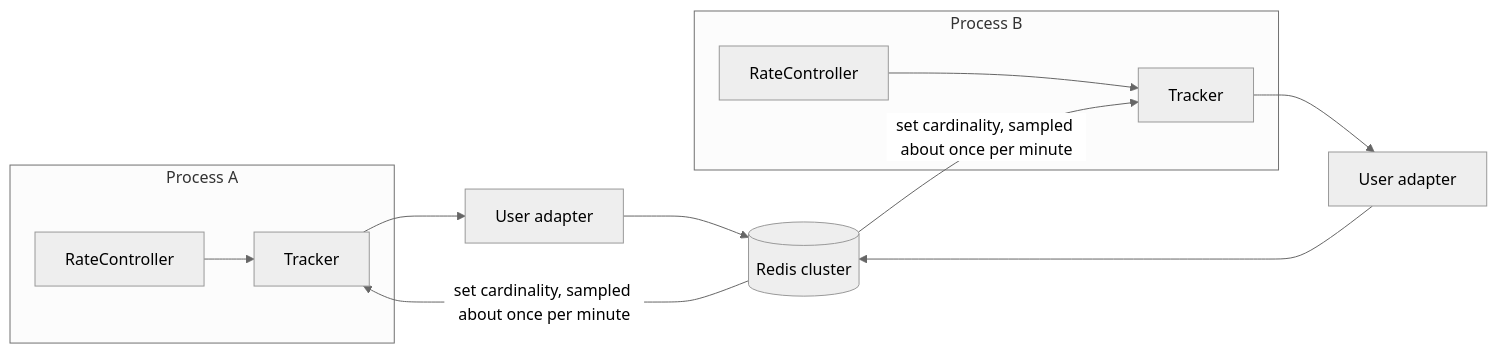
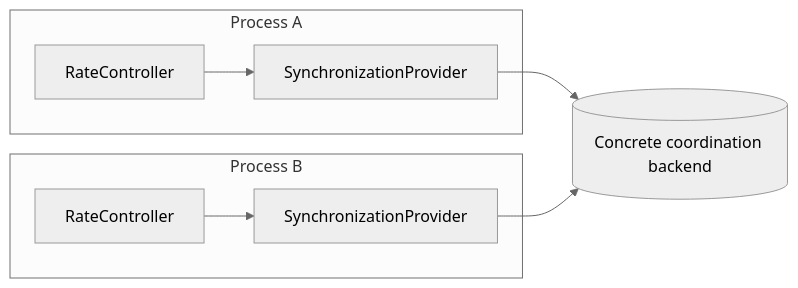
One commit to MatanelGordon/Limitful changed the fifth of 5 diagrams in docs/architecture.md. Above: the diagram before and after it, drawn with Mermaid (neutral theme). The commit also changed other lines of this file and 20 other files, not shown here.

````diff
--- a/docs/architecture.md
+++ b/docs/architecture.md
@@ -363,13 +389,11 @@
 ```mermaid
 flowchart LR
   subgraph P1["Process A"]
-    RCA["RateController"] --> TA["Tracker"]
+    RCA["RateController"] --> SPA["SynchronizationProvider"]
   end
   subgraph P2["Process B"]
-    RCB["RateController"] --> TB["Tracker"]
+    RCB["RateController"] --> SPB["SynchronizationProvider"]
   end
-  TA --> ADP1["User adapter"] --> REDIS[("Redis cluster")]
-  TB --> ADP2["User adapter"] --> REDIS
-  REDIS -->|"set cardinality, sampled about once per minute"| TA
-  REDIS -->|"set cardinality, sampled about once per minute"| TB
+  SPA --> BACKEND[("Concrete coordination backend")]
+  SPB --> BACKEND
 ```
````
